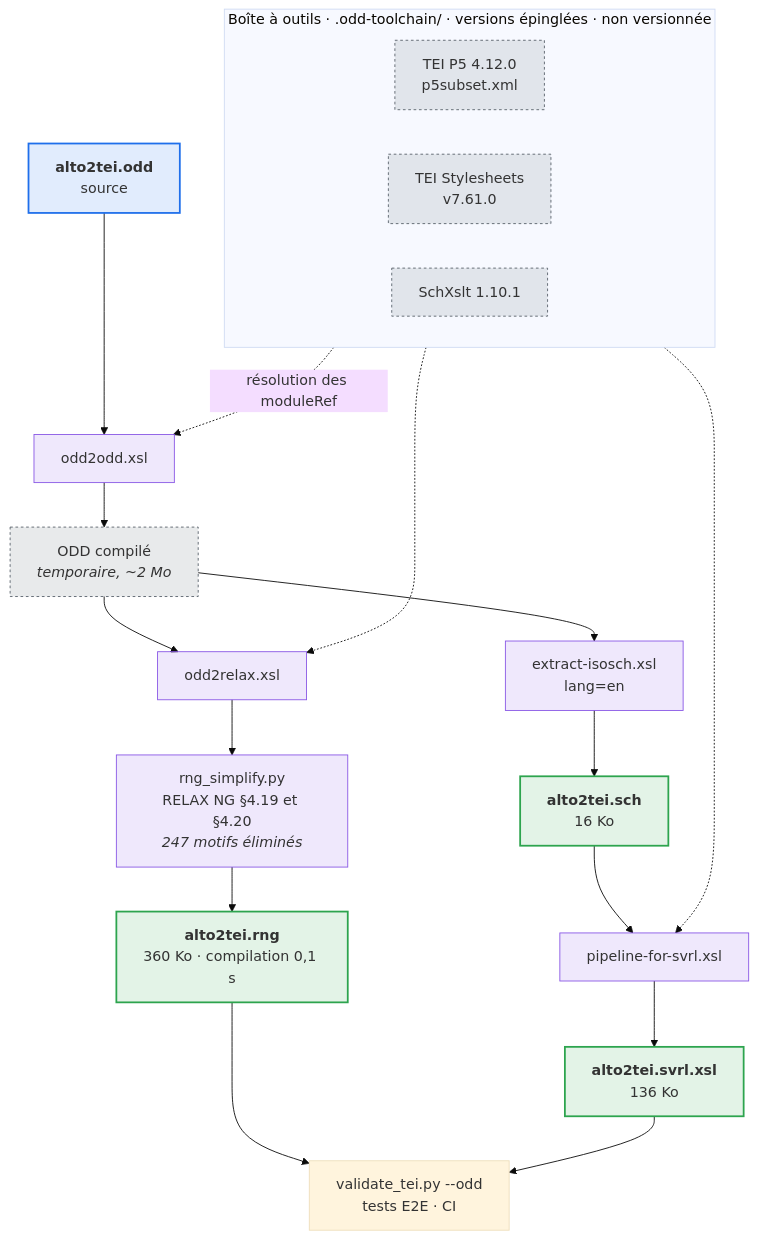
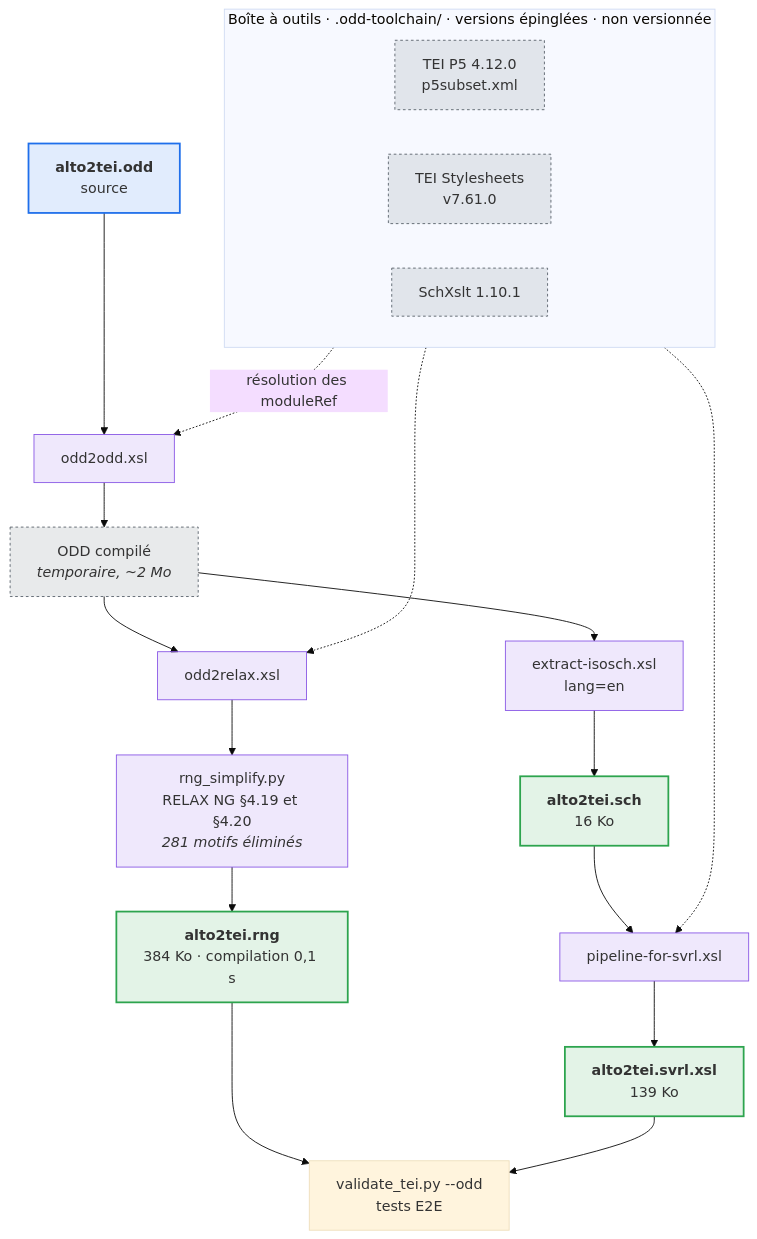
The diagram in schema/README.md (Grand-Siecle/TEIlle-douce), drawn with Mermaid (base theme) before and after one commit. The commit also changed other lines of this file and 15 other files, not shown here.

````diff
--- a/schema/README.md
+++ b/schema/README.md
@@ -51,41 +51,41 @@
 ```mermaid
 flowchart TB
     subgraph outils["Boîte à outils · .odd-toolchain/ · versions épinglées · non versionnée"]
         direction LR
         P5["TEI P5 4.12.0<br/>p5subset.xml"]
         STY["TEI Stylesheets<br/>v7.61.0"]
         SCHX["SchXslt 1.10.1"]
     end
 
     ODD["<b>alto2tei.odd</b><br/>source"]
     COMP["ODD compilé<br/><i>temporaire, ~2 Mo</i>"]
 
     ODD --> A1["odd2odd.xsl"]
     P5 -. "résolution des moduleRef" .-> A1
     A1 --> COMP
 
     COMP --> B1["odd2relax.xsl"]
     COMP --> C1["extract-isosch.xsl<br/>lang=en"]
 
-    B1 --> B2["rng_simplify.py<br/>RELAX NG §4.19 et §4.20<br/><i>247 motifs éliminés</i>"]
-    B2 --> RNG["<b>alto2tei.rng</b><br/>360 Ko · compilation 0,1 s"]
+    B1 --> B2["rng_simplify.py<br/>RELAX NG §4.19 et §4.20<br/><i>281 motifs éliminés</i>"]
+    B2 --> RNG["<b>alto2tei.rng</b><br/>384 Ko · compilation 0,1 s"]
 
     C1 --> SCH["<b>alto2tei.sch</b><br/>16 Ko"]
     SCH --> D1["pipeline-for-svrl.xsl"]
-    D1 --> SVRL["<b>alto2tei.svrl.xsl</b><br/>136 Ko"]
+    D1 --> SVRL["<b>alto2tei.svrl.xsl</b><br/>139 Ko"]
 
     STY -. " " .-> B1
     SCHX -. " " .-> D1
 
-    RNG --> USE["validate_tei.py --odd<br/>tests E2E · CI"]
+    RNG --> USE["validate_tei.py --odd<br/>tests E2E"]
     SVRL --> USE
 
     classDef source fill:#1f6feb22,stroke:#1f6feb,stroke-width:2px
     classDef produit fill:#2da44e22,stroke:#2da44e,stroke-width:2px
     classDef etape fill:#8957e522,stroke:#8957e5
     classDef outil fill:#57606a22,stroke:#57606a,stroke-dasharray:3 3
     class ODD source
     class RNG,SCH,SVRL produit
     class A1,B1,B2,C1,D1 etape
     class P5,STY,SCHX,COMP outil
 ```
````
